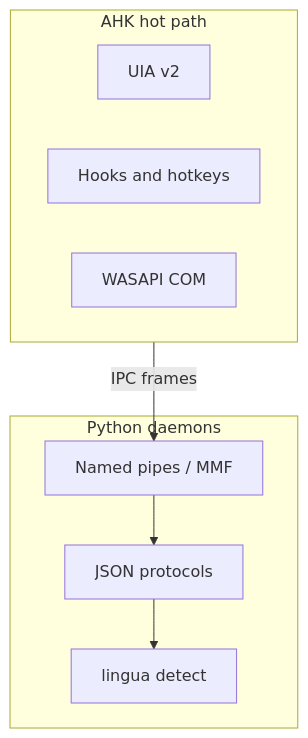
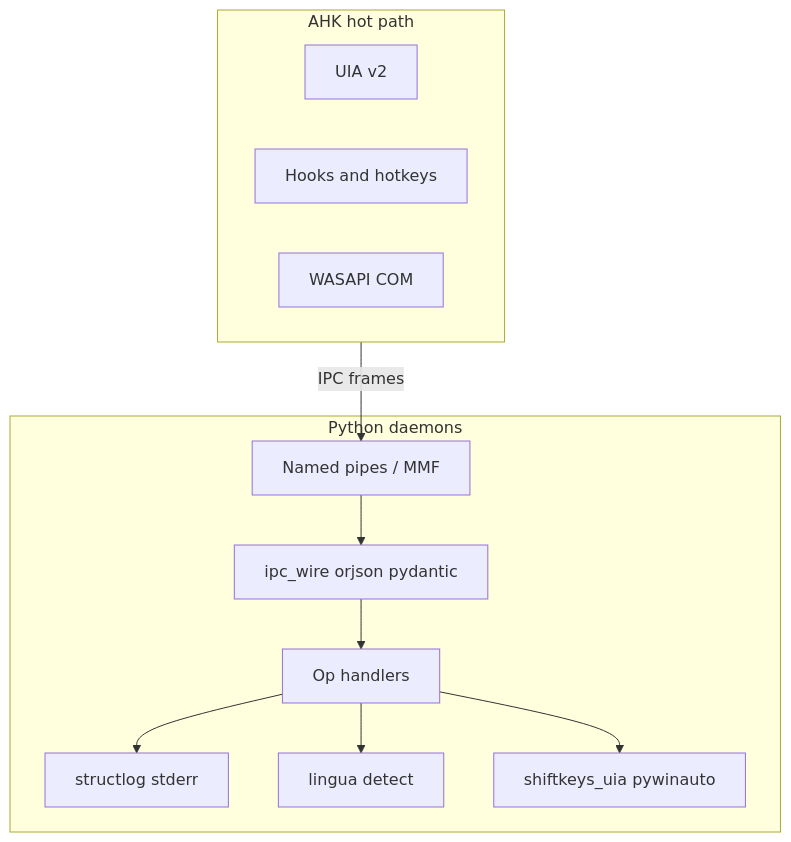
Before and after one commit to duducm2/scripts: the diagram in docs/python-library-opportunities.md, drawn with Mermaid. The commit also changed other lines of this file and 21 other files, not shown here.

Commit message:
Enhance IPC logging and testing: Implement structured logging in all daemons using structlog for improved request tracking. Update README and documentation to include instructions for running Python daemon tests. Add pytest to requirements for testing support.

````diff
--- a/docs/python-library-opportunities.md
+++ b/docs/python-library-opportunities.md
@@ -119,16 +130,22 @@
 ```mermaid
 flowchart TB
   subgraph ahk [AHK hot path]
     UIA[UIA v2]
     Input[Hooks and hotkeys]
     WASAPI[WASAPI COM]
   end
   subgraph py [Python daemons]
     Pipes[Named pipes / MMF]
-    Proto[JSON protocols]
+    JsonStack[ipc_wire orjson pydantic]
+    Proto[Op handlers]
+    Logs[structlog stderr]
     Lingua[lingua detect]
+    ShiftKeysUIA[shiftkeys_uia pywinauto]
   end
   ahk -->|IPC frames| Pipes
-  Pipes --> Proto
+  Pipes --> JsonStack
+  JsonStack --> Proto
+  Proto --> Logs
   Proto --> Lingua
+  Proto --> ShiftKeysUIA
 ```
````
